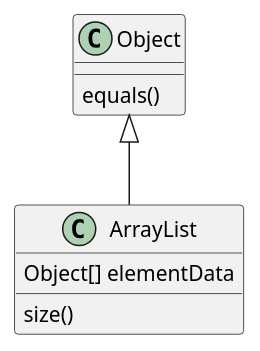
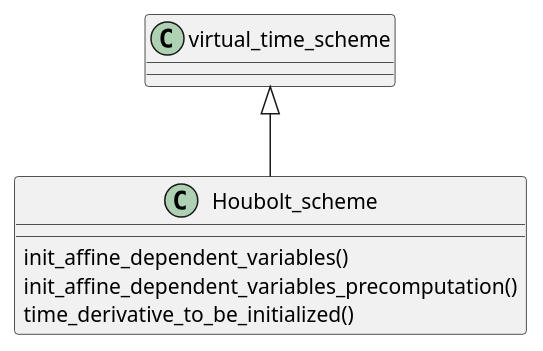
Before and after one commit to tkoyama010/OpenCAE-tkoyama010: the diagram in houbolt.puml, drawn with PlantUML.

```diff
--- a/houbolt.puml
+++ b/houbolt.puml
@@ -1,8 +1,7 @@
 @startuml
-Object <|-- ArrayList
+virtual_time_scheme <|-- Houbolt_scheme
 
-Object : equals()
-ArrayList : Object[] elementData
-ArrayList : size()
-
+Houbolt_scheme : init_affine_dependent_variables()
+Houbolt_scheme : init_affine_dependent_variables_precomputation()
+Houbolt_scheme : time_derivative_to_be_initialized()
 @enduml
```
